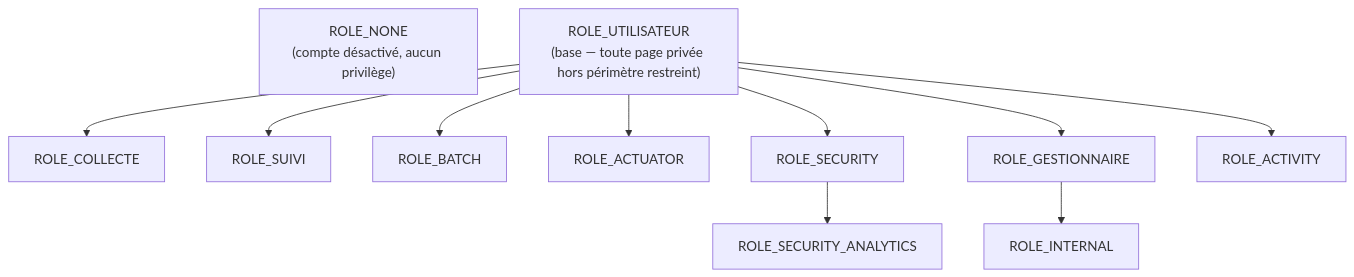
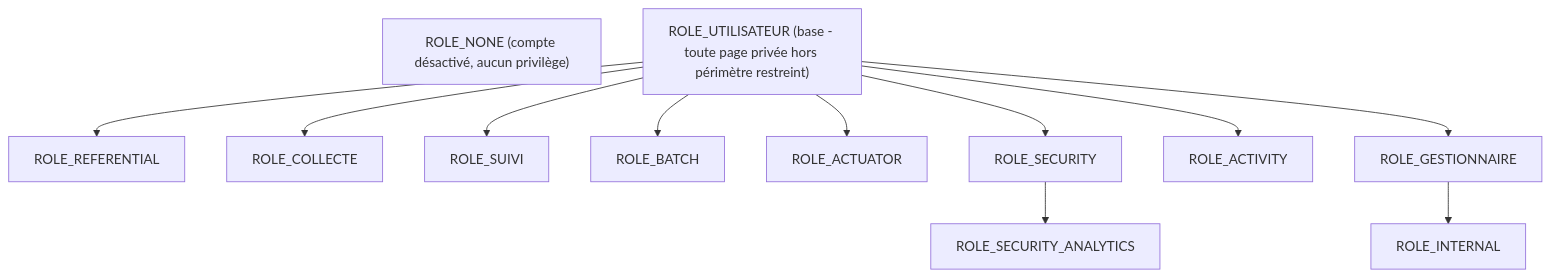
Before and after one commit to Laurent-hadjadj/ma-moulinette: the diagram in mkDocs/docs/ma-moulinette/developpement/securite.md, drawn with Mermaid. The commit also changed other lines of this file and 7 other files, not shown here.

````diff
--- a/mkDocs/docs/ma-moulinette/developpement/securite.md
+++ b/mkDocs/docs/ma-moulinette/developpement/securite.md
@@ -69,14 +69,15 @@
 ```mermaid
 flowchart TD
-    NONE["ROLE_NONE<br/>(compte désactivé, aucun privilège)"]
-    U["ROLE_UTILISATEUR<br/>(base — toute page privée hors périmètre restreint)"]
-    U --> COLLECTE[ROLE_COLLECTE]
-    U --> SUIVI[ROLE_SUIVI]
-    U --> BATCH[ROLE_BATCH]
-    U --> ACTUATOR[ROLE_ACTUATOR]
-    U --> SECURITY[ROLE_SECURITY]
-    SECURITY --> ANALYTICS[ROLE_SECURITY_ANALYTICS]
-    U --> GESTIONNAIRE[ROLE_GESTIONNAIRE]
-    GESTIONNAIRE --> INTERNAL[ROLE_INTERNAL]
-    U --> ACTIVITY[ROLE_ACTIVITY]
+    NONE["ROLE_NONE (compte désactivé, aucun privilège)"]
+    U["ROLE_UTILISATEUR (base - toute page privée hors périmètre restreint)"]
+    U --> REFERENTIAL["ROLE_REFERENTIAL"]
+    U --> COLLECTE["ROLE_COLLECTE"]
+    U --> SUIVI["ROLE_SUIVI"]
+    U --> BATCH["ROLE_BATCH"]
+    U --> ACTUATOR["ROLE_ACTUATOR"]
+    U --> SECURITY["ROLE_SECURITY"]
+    U --> ACTIVITY["ROLE_ACTIVITY"]
+    U --> GESTIONNAIRE["ROLE_GESTIONNAIRE"]
+    GESTIONNAIRE --> INTERNAL["ROLE_INTERNAL"]
+    SECURITY --> SECURITY_ANALYTICS["ROLE_SECURITY_ANALYTICS"]
 ```
````
